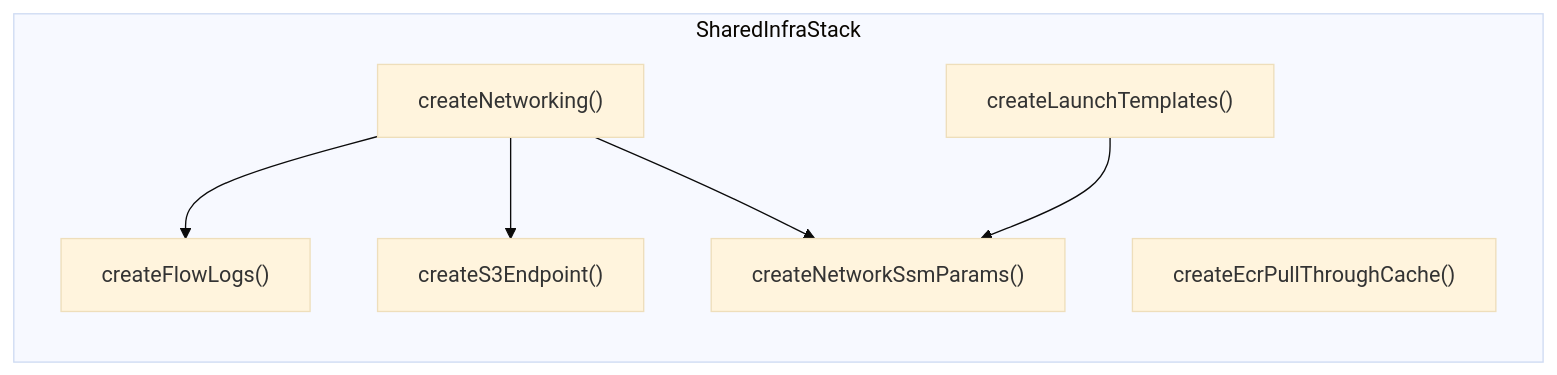
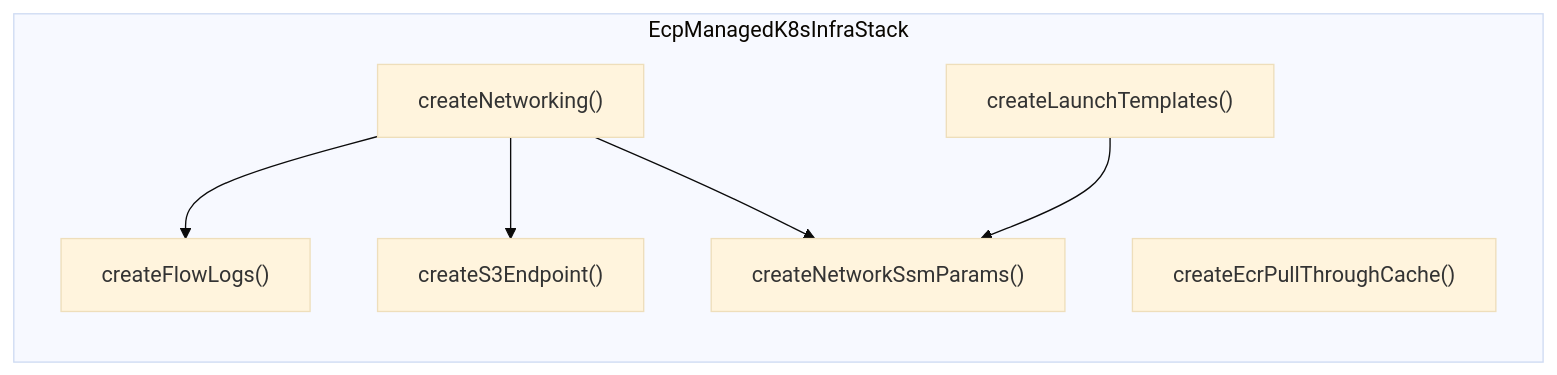
Before and after one commit to codriverlabs/express-compute-managed-k8s-infra: the second of 4 diagrams in .agents/summary/architecture.md, drawn with Mermaid (base theme). The commit also changed other lines of this file and 9 other files, not shown here.

````diff
--- a/.agents/summary/architecture.md
+++ b/.agents/summary/architecture.md
@@ -34,16 +34,16 @@
 ```mermaid
 graph LR
-    subgraph SharedInfraStack
+    subgraph EcpManagedK8sInfraStack
         NET["createNetworking()"]
         FL["createFlowLogs()"]
         ECR["createEcrPullThroughCache()"]
         S3["createS3Endpoint()"]
         LT["createLaunchTemplates()"]
         SSM["createNetworkSsmParams()"]
     end
 
     NET --> FL
     NET --> S3
     NET --> SSM
     LT --> SSM
 ```
````
